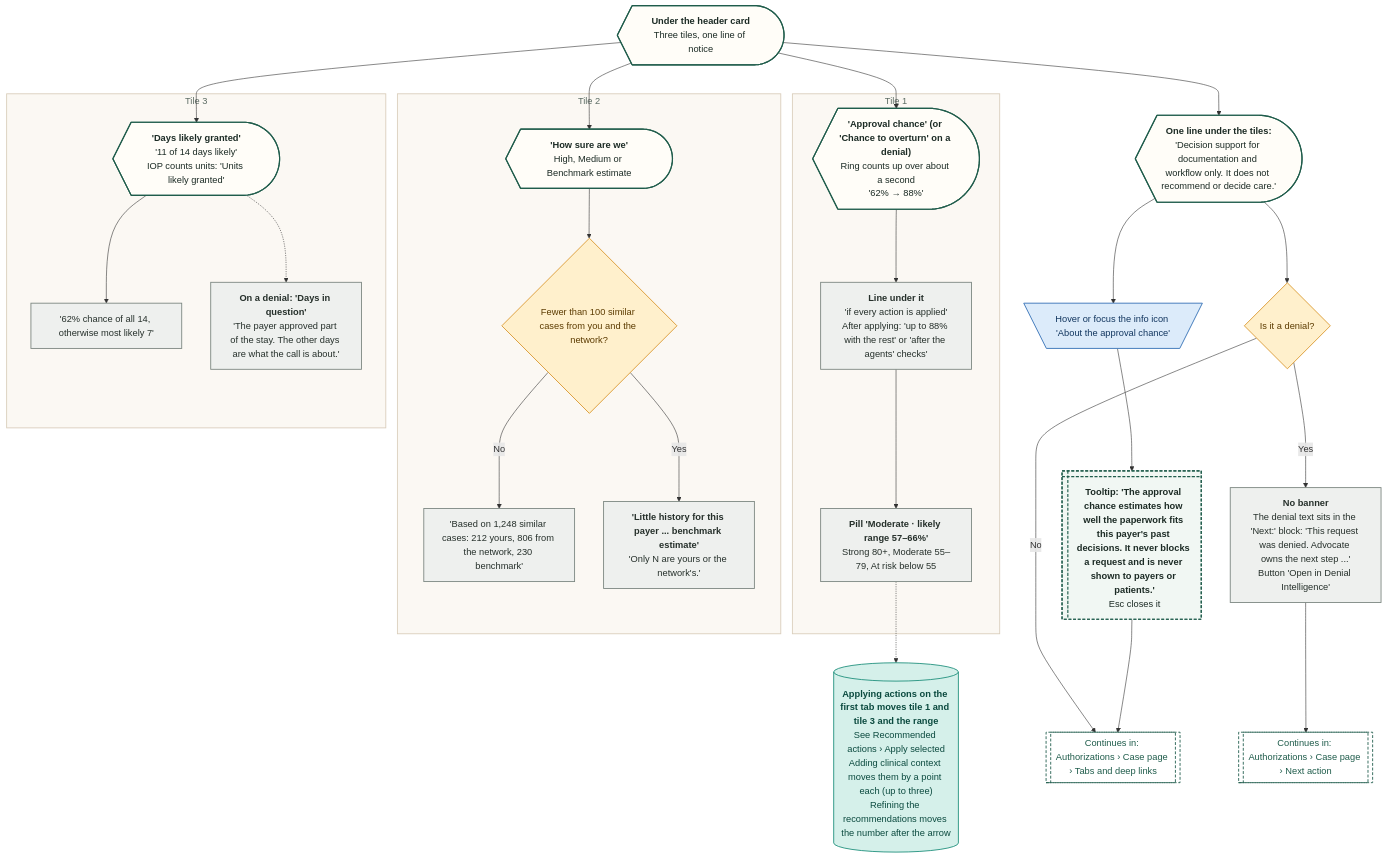
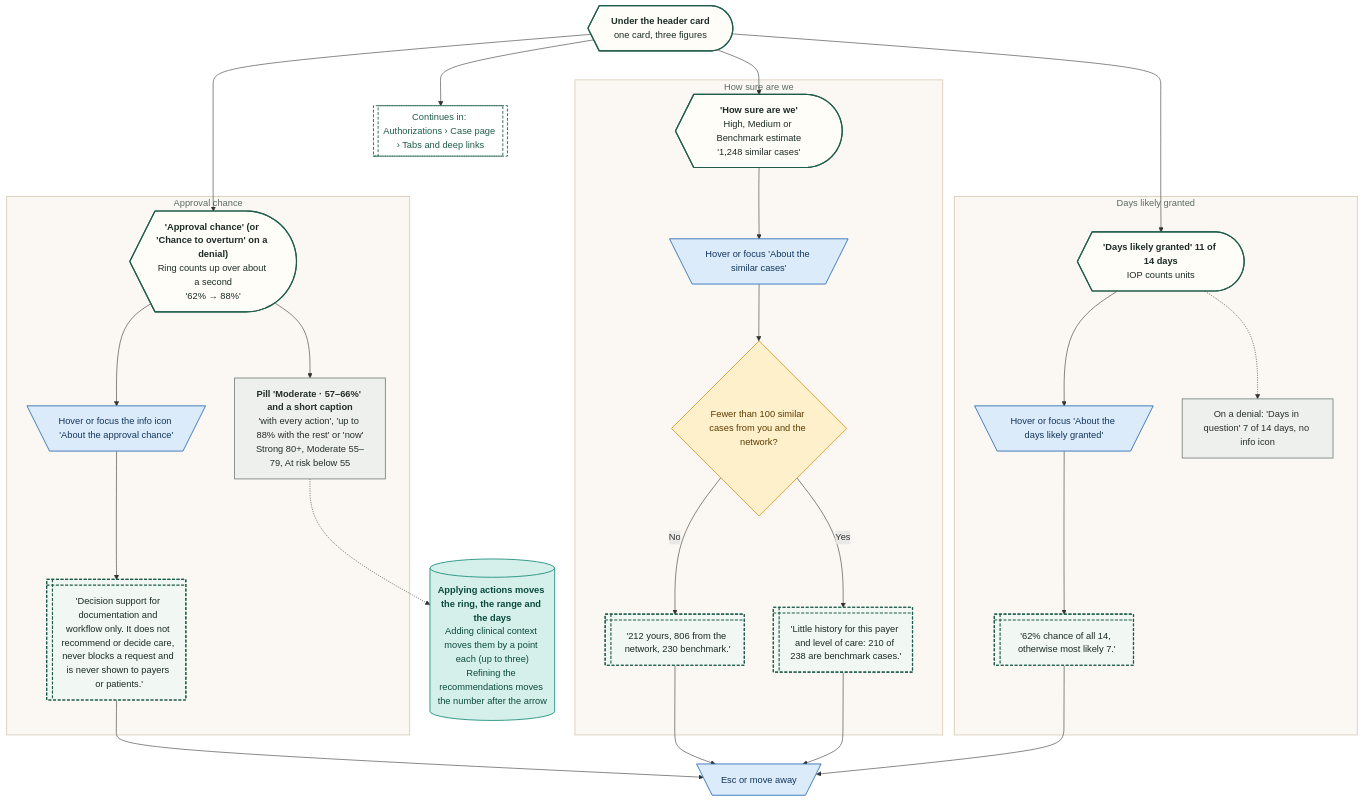
Before and after one commit to Shrav143/psyfloapp: diagram 12 of 34 in demos/prior-auth-demo/workflows/out/md/03-authorizations.md, drawn with Mermaid. The commit also changed other lines of this file and 202 other files, not shown here.

First line of the commit message:
docs: round 6 README, CONVENTIONS, spec section 17, diagram module blurbs and 336 rebuilt diagrams

````diff
--- a/demos/prior-auth-demo/workflows/out/md/03-authorizations.md
+++ b/demos/prior-auth-demo/workflows/out/md/03-authorizations.md
@@ -995,67 +983,62 @@
 ```mermaid
 %%{init: {"theme":"base","themeVariables":{"fontFamily":"'DM Sans', 'Segoe UI', system-ui, sans-serif","fontSize":"15px","lineColor":"#5B6B63","primaryTextColor":"#1C2B25","clusterBkg":"#FBF8F3","clusterBorder":"#D9CDBB","edgeLabelBackground":"#FFFFFF"},"flowchart":{"curve":"basis","nodeSpacing":36,"rankSpacing":48,"padding":12,"htmlLabels":true,"useMaxWidth":false,"wrappingWidth":230}} }%%
 flowchart TD
   classDef k_start fill:#1F5C4B,stroke:#174638,color:#FFFFFF,stroke-width:1.5px,font-weight:600
   classDef k_end fill:#DDEFE3,stroke:#2E7D4F,color:#14502F,stroke-width:1.5px,font-weight:600
   classDef k_endx fill:#FBE3E0,stroke:#C0392B,color:#7A1F16,stroke-width:1.5px,font-weight:600
   classDef k_screen fill:#FFFDF8,stroke:#1F5C4B,color:#1C2B25,stroke-width:2px
   classDef k_overlay fill:#F1F7F3,stroke:#1F5C4B,color:#1C2B25,stroke-width:2px,stroke-dasharray:5 3
   classDef k_click fill:#DCEBFA,stroke:#2F6DB5,color:#12365F,stroke-width:1.5px
   classDef k_input fill:#E4E7FF,stroke:#4C5FD5,color:#1D2670,stroke-width:1.5px
   classDef k_process fill:#EEF0EE,stroke:#7A857F,color:#26302B,stroke-width:1.5px
   classDef k_agent fill:#EEE5FA,stroke:#7A4FC2,color:#341A63,stroke-width:1.5px
   classDef k_decision fill:#FFF0CC,stroke:#D9962B,color:#5C3B00,stroke-width:1.5px
   classDef k_store fill:#D5F0EA,stroke:#1C8E7B,color:#0B4A3F,stroke-width:1.5px
   classDef k_doc fill:#F6E9DC,stroke:#B07A4C,color:#4A2E14,stroke-width:1.5px
   classDef k_ext fill:#FFE6D2,stroke:#E07B39,color:#6B2F06,stroke-width:1.5px
   classDef k_wait fill:#E4E8EE,stroke:#6B7C93,color:#26303D,stroke-width:1.5px
   classDef k_toast fill:#FFF9DB,stroke:#C9A400,color:#5A4A00,stroke-width:1.5px
   classDef k_goto fill:#FFFFFF,stroke:#1F5C4B,color:#1F5C4B,stroke-width:1.5px,stroke-dasharray:5 3
-  pg@{ shape: curv-trap, label: "<b>Under the header card</b><br/>Three tiles, one line of notice" }
-  subgraph gT1 ["Tile 1"]
+  pg@{ shape: curv-trap, label: "<b>Under the header card</b><br/>one card, three figures" }
+  subgraph gT1 ["Approval chance"]
   t1@{ shape: curv-trap, label: "<b>'Approval chance' (or 'Chance to overturn' on a denial)</b><br/>Ring counts up over about a second<br/>'62% → 88%'" }
-  t1a@{ shape: rect, label: "<b>Line under it</b><br/>'if every action is applied'<br/>After applying: 'up to 88% with the rest' or 'after the agents' checks'" }
-  t1b@{ shape: rect, label: "<b>Pill 'Moderate · likely range 57–66%'</b><br/>Strong 80+, Moderate 55–79, At risk below 55" }
+  t1b@{ shape: rect, label: "<b>Pill 'Moderate · 57–66%' and a short caption</b><br/>'with every action', 'up to 88% with the rest' or 'now'<br/>Strong 80+, Moderate 55–79, At risk below 55" }
+  ni@{ shape: trap-t, label: "Hover or focus the info icon 'About the approval chance'" }
+  n2@{ shape: win-pane, label: "'Decision support for documentation and workflow only. It does not recommend or decide care, never blocks a request and is never shown to payers or patients.'" }
   end
-  subgraph gT2 ["Tile 2"]
-  t2@{ shape: curv-trap, label: "<b>'How sure are we'</b><br/>High, Medium or Benchmark estimate" }
+  subgraph gT2 ["How sure are we"]
+  t2@{ shape: curv-trap, label: "<b>'How sure are we'</b><br/>High, Medium or Benchmark estimate<br/>'1,248 similar cases'" }
+  si@{ shape: trap-t, label: "Hover or focus 'About the similar cases'" }
   dBm@{ shape: diam, label: "Fewer than 100 similar cases from you and the network?" }
-  t2a@{ shape: rect, label: "'Based on 1,248 similar cases: 212 yours, 806 from the network, 230 benchmark'" }
-  t2b@{ shape: rect, label: "<b>'Little history for this payer ... benchmark estimate'</b><br/>'Only N are yours or the network's.'" }
+  t2a@{ shape: win-pane, label: "'212 yours, 806 from the network, 230 benchmark.'" }
+  t2b@{ shape: win-pane, label: "'Little history for this payer and level of care: 210 of 238 are benchmark cases.'" }
   end
-  subgraph gT3 ["Tile 3"]
-  t3@{ shape: curv-trap, label: "<b>'Days likely granted'</b><br/>'11 of 14 days likely'<br/>IOP counts units: 'Units likely granted'" }
-  t3a@{ shape: rect, label: "'62% chance of all 14, otherwise most likely 7'" }
-  t3b@{ shape: rect, label: "<b>On a denial: 'Days in question'</b><br/>'The payer approved part of the stay. The other days are what the call is about.'" }
+  subgraph gT3 ["Days likely granted"]
+  t3@{ shape: curv-trap, label: "<b>'Days likely granted' 11 of 14 days</b><br/>IOP counts units" }
+  di@{ shape: trap-t, label: "Hover or focus 'About the days likely granted'" }
+  t3a@{ shape: win-pane, label: "'62% chance of all 14, otherwise most likely 7.'" }
+  t3b@{ shape: rect, label: "On a denial: 'Days in question' 7 of 14 days, no info icon" }
   end
-  n1@{ shape: curv-trap, label: "<b>One line under the tiles:</b><br/>'Decision support for documentation and workflow only. It does not recommend or decide care.'" }
-  ni@{ shape: trap-t, label: "Hover or focus the info icon 'About the approval chance'" }
-  n2@{ shape: win-pane, label: "<b>Tooltip: 'The approval chance estimates how well the paperwork fits this payer's past decisions. It never blocks a request and is never shown to payers or patients.'</b><br/>Esc closes it" }
-  dDn@{ shape: diam, label: "Is it a denial?" }
-  bd@{ shape: rect, label: "<b>No banner</b><br/>The denial text sits in the 'Next:' block: 'This request was denied. Advocate owns the next step ...'<br/>Button 'Open in Denial Intelligence'" }
-  gD@{ shape: subproc, label: "Continues in: Authorizations › Case page › Next action" }
+  esc@{ shape: trap-t, label: "Esc or move away" }
   gT@{ shape: subproc, label: "Continues in: Authorizations › Case page › Tabs and deep links" }
-  ap@{ shape: cyl, label: "<b>Applying actions on the first tab moves tile 1 and tile 3 and the range</b><br/>See Recommended actions › Apply selected<br/>Adding clinical context moves them by a point each (up to three)<br/>Refining the recommendations moves the number after the arrow" }
-  pg --> t1 --> t1a --> t1b
-  pg --> t2 --> dBm
-  dBm -->|"No"| t2a
-  dBm -->|"Yes"| t2b
-  pg --> t3 --> t3a
+  ap@{ shape: cyl, label: "<b>Applying actions moves the ring, the range and the days</b><br/>Adding clinical context moves them by a point each (up to three)<br/>Refining the recommendations moves the number after the arrow" }
+  pg --> t1 --> t1b
+  t1 --> ni --> n2 --> esc
+  pg --> t2 --> si --> dBm
+  dBm -->|"No"| t2a --> esc
+  dBm -->|"Yes"| t2b --> esc
+  pg --> t3 --> di --> t3a --> esc
   t3 -.-> t3b
-  pg --> n1 --> ni --> n2
-  n1 --> dDn
-  dDn -->|"Yes"| bd --> gD
-  dDn -->|"No"| gT
-  n2 --> gT
+  pg --> gT
   t1b -.-> ap
-  class pg,t1,t2,t3,n1 k_screen
-  class t1a,t1b,t2a,t2b,t3a,t3b,bd k_process
-  class dBm,dDn k_decision
-  class ni k_click
-  class n2 k_overlay
-  class gD,gT k_goto
+  class pg,t1,t2,t3 k_screen
+  class t1b,t3b k_process
+  class ni,si,di,esc k_click
+  class n2,t2a,t2b,t3a k_overlay
+  class dBm k_decision
+  class gT k_goto
   class ap k_store
   style gT1 fill:#FBF8F3,stroke:#D9CDBB,stroke-width:1.5px,color:#5B6B63
   style gT2 fill:#FBF8F3,stroke:#D9CDBB,stroke-width:1.5px,color:#5B6B63
   style gT3 fill:#FBF8F3,stroke:#D9CDBB,stroke-width:1.5px,color:#5B6B63
 ```
````
